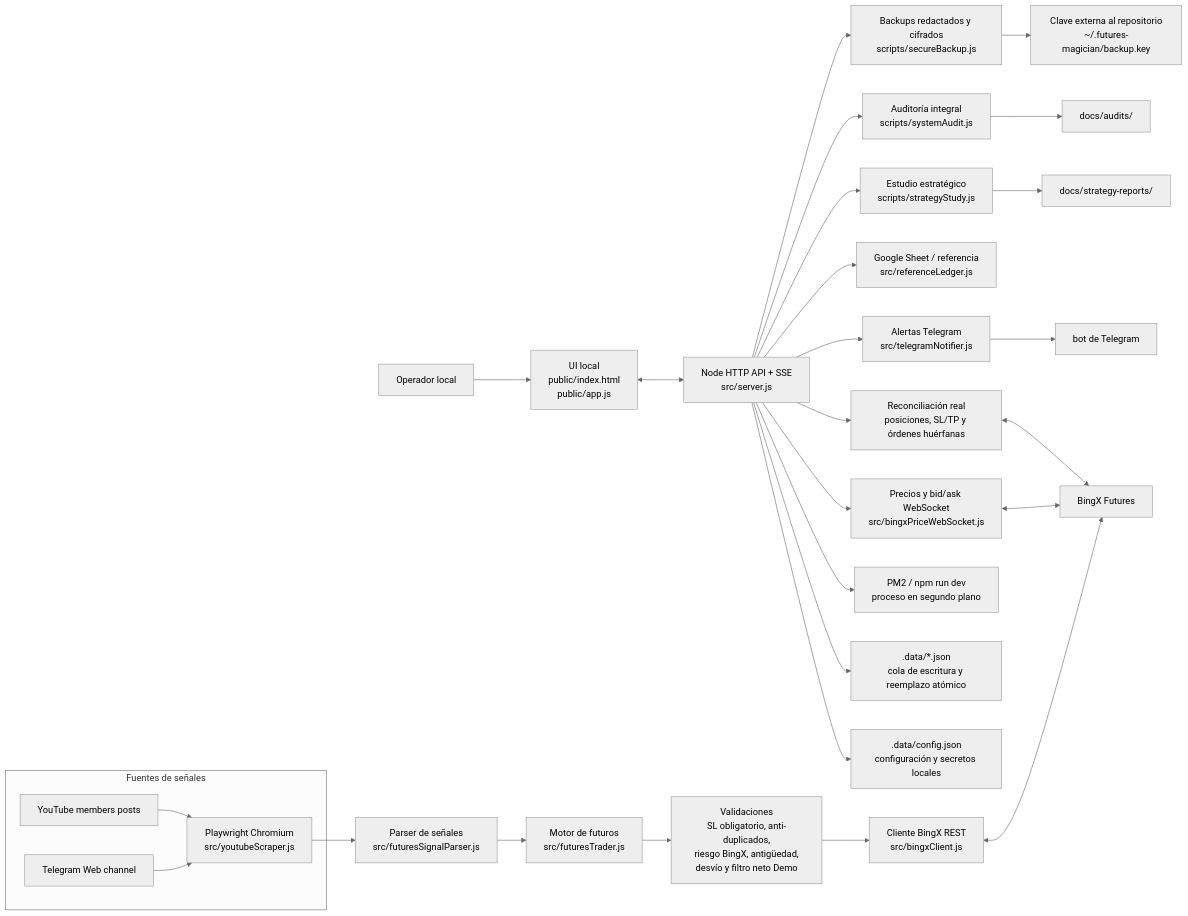
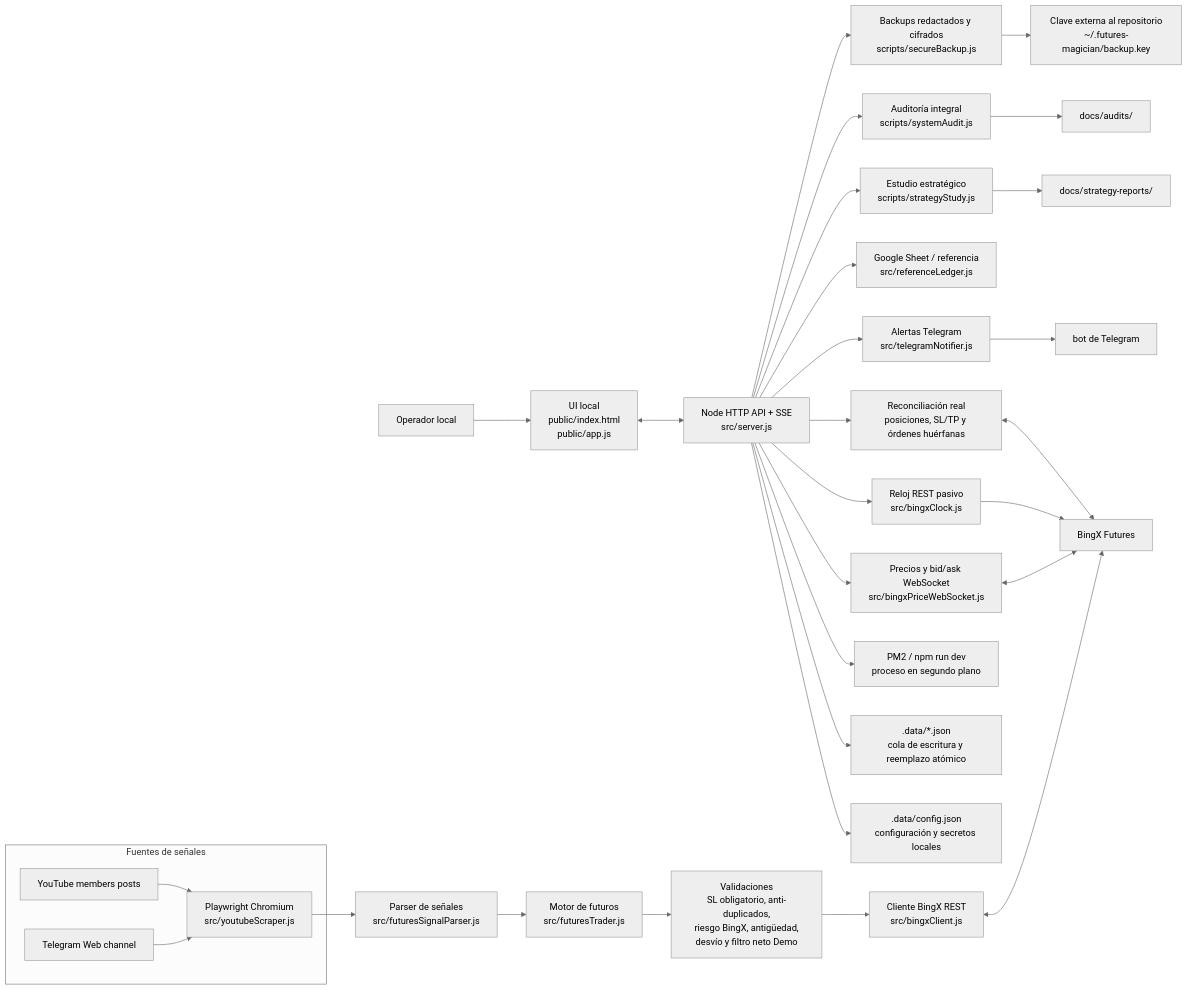
Before and after one commit to JotaTerrasa/yt-members-signal-trader: the diagram in README.md, drawn with Mermaid (neutral theme). The commit also changed other lines of this file and 15 other files, not shown here.

````diff
--- a/README.md
+++ b/README.md
@@ -59,35 +59,37 @@
 ```mermaid
 flowchart LR
   operator["Operador local"] --> ui["UI local<br/>public/index.html<br/>public/app.js"]
   ui <--> api["Node HTTP API + SSE<br/>src/server.js"]
   api --> config[".data/config.json<br/>configuración y secretos locales"]
   api --> stores[".data/*.json<br/>cola de escritura y reemplazo atómico"]
   api --> pm2["PM2 / npm run dev<br/>proceso en segundo plano"]
 
   subgraph sources["Fuentes de señales"]
     youtube["YouTube members posts"] --> scraper["Playwright Chromium<br/>src/youtubeScraper.js"]
     telegramWeb["Telegram Web channel"] --> scraper
   end
 
   scraper --> parser["Parser de señales<br/>src/futuresSignalParser.js"]
   parser --> trader["Motor de futuros<br/>src/futuresTrader.js"]
   trader --> risk["Validaciones<br/>SL obligatorio, anti-duplicados,<br/>riesgo BingX, antigüedad,<br/>desvío y filtro neto Demo"]
   risk --> bingxClient["Cliente BingX REST<br/>src/bingxClient.js"]
   bingxClient <--> bingx["BingX Futures"]
 
   api --> priceWs["Precios y bid/ask WebSocket<br/>src/bingxPriceWebSocket.js"]
   priceWs <--> bingx
+  api --> clock["Reloj REST pasivo<br/>src/bingxClock.js"]
+  clock --> bingx
   api --> reconcile["Reconciliación real<br/>posiciones, SL/TP y órdenes huérfanas"]
   reconcile <--> bingx
 
   api --> notifier["Alertas Telegram<br/>src/telegramNotifier.js"]
   notifier --> telegramBot["bot de Telegram"]
 
   api --> sheet["Google Sheet / referencia<br/>src/referenceLedger.js"]
   api --> study["Estudio estratégico<br/>scripts/strategyStudy.js"]
   study --> reports["docs/strategy-reports/"]
   api --> audit["Auditoría integral<br/>scripts/systemAudit.js"]
   audit --> auditReports["docs/audits/"]
   api --> backup["Backups redactados y cifrados<br/>scripts/secureBackup.js"]
   backup --> key["Clave externa al repositorio<br/>~/.futures-magician/backup.key"]
 ```
````
